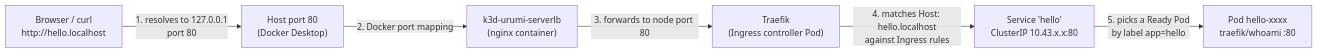
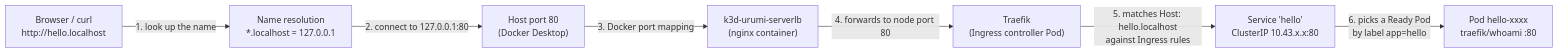
The diagram in docs/learning/01-kubernetes-primer.md (tushar66sharma/MCP-Gateway-on-Kubernetes), drawn with Mermaid before and after one commit. The commit also changed other lines of this file and 1 other file, not shown here.

````diff
--- a/docs/learning/01-kubernetes-primer.md
+++ b/docs/learning/01-kubernetes-primer.md
@@ -13,8 +13,9 @@
 ```mermaid
 flowchart LR
-    B["Browser / curl<br/>http://hello.localhost"] -->|"1. resolves to 127.0.0.1<br/>port 80"| H["Host port 80<br/>(Docker Desktop)"]
-    H -->|"2. Docker port mapping"| LB["k3d-urumi-serverlb<br/>(nginx container)"]
-    LB -->|"3. forwards to node port 80"| T["Traefik<br/>(Ingress controller Pod)"]
-    T -->|"4. matches Host: hello.localhost<br/>against Ingress rules"| S["Service 'hello'<br/>ClusterIP 10.43.x.x:80"]
-    S -->|"5. picks a Ready Pod<br/>by label app=hello"| P["Pod hello-xxxx<br/>traefik/whoami :80"]
+    B["Browser / curl<br/>http://hello.localhost"] -->|"1. look up the name"| R["Name resolution<br/>*.localhost = 127.0.0.1"]
+    R -->|"2. connect to 127.0.0.1:80"| H["Host port 80<br/>(Docker Desktop)"]
+    H -->|"3. Docker port mapping"| LB["k3d-urumi-serverlb<br/>(nginx container)"]
+    LB -->|"4. forwards to node port 80"| T["Traefik<br/>(Ingress controller Pod)"]
+    T -->|"5. matches Host: hello.localhost<br/>against Ingress rules"| S["Service 'hello'<br/>ClusterIP 10.43.x.x:80"]
+    S -->|"6. picks a Ready Pod<br/>by label app=hello"| P["Pod hello-xxxx<br/>traefik/whoami :80"]
 ```
````
